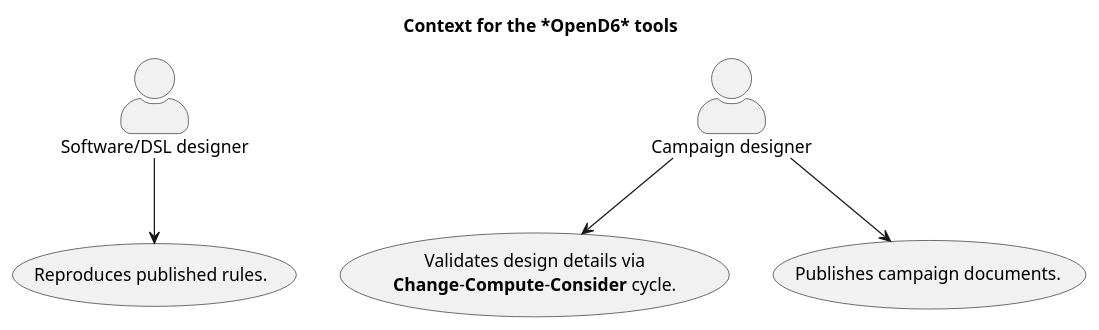
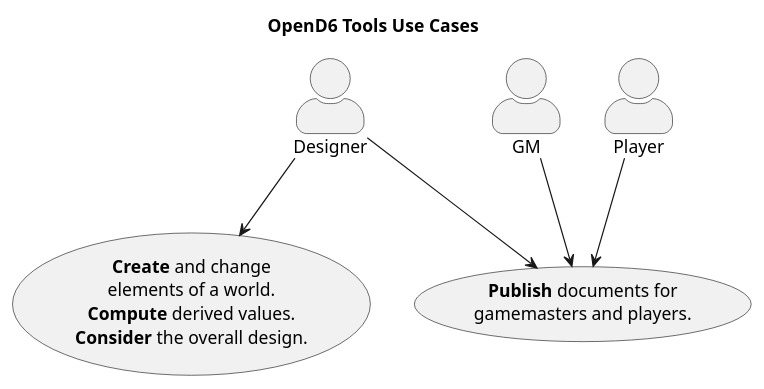
The first of 4 diagrams in docs/architecture.rst (slott56/opend6-tools), drawn with PlantUML before and after one commit. The commit also changed other lines of this file and 589 other files, not shown here.

Commit message:
OpenD6 DSLs and Tools version 2026.06.27

```diff
--- a/docs/architecture.rst
+++ b/docs/architecture.rst
@@ -22,21 +22,18 @@
 ..  uml::
 
     @startuml
-        'https://plantuml.com/use-case-diagram
-
+    'https://plantuml.com/use-case-diagram
     skinparam actorStyle awesome
 
-    title Context for the *OpenD6* tools
+    title OpenD6 Tools Use Cases
 
-    actor "Software/DSL designer" as sw
-    actor "Campaign designer" as gm
+    actor Designer
 
-    usecase "Reproduces published rules." as uc1
-    usecase "Validates design details via\n**Change**-**Compute**-**Consider** cycle." as uc2
-    usecase "Publishes campaign documents." as uc3
+    usecase "<b>Create</b> and change\nelements of a world.\n<b>Compute</b> derived values.\n<b>Consider</b> the overall design." as uc_1
+    usecase "<b>Publish</b> documents for\ngamemasters and players." as uc_2
 
-    sw --> uc1
-    gm --> uc2
-    gm --> uc3
-
+    Designer --> uc_1
+    Designer --> uc_2
+    GM --> uc_2
+    Player --> uc_2
     @enduml
```
